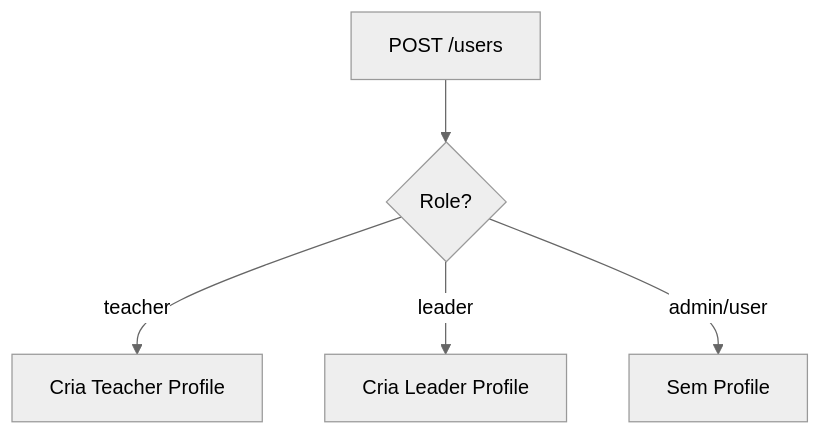
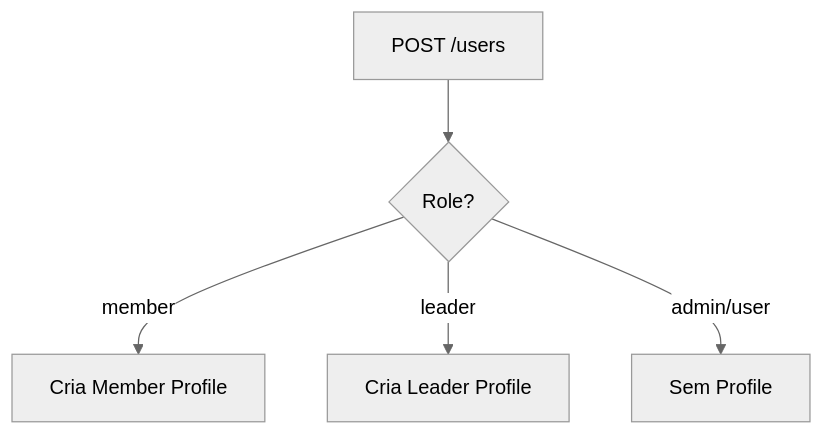
One commit to orfanatonib/orfanatonib-api changed the first of 3 diagrams in docs/modules/users/Users_API_Documentation.md. Above: the diagram before and after it, drawn with Mermaid (neutral theme). The commit also changed other lines of this file and 128 other files, not shown here.

First line of the commit message:
refactor: rename teacher-profile module to member-profile

````diff
--- a/docs/modules/users/Users_API_Documentation.md
+++ b/docs/modules/users/Users_API_Documentation.md
@@ -322,7 +322,7 @@
 ```mermaid
 graph TD
     A[POST /users] --> B{Role?}
-    B -->|teacher| C[Cria Teacher Profile]
+    B -->|member| C[Cria Member Profile]
     B -->|leader| D[Cria Leader Profile]
     B -->|admin/user| E[Sem Profile]
 ```
````
